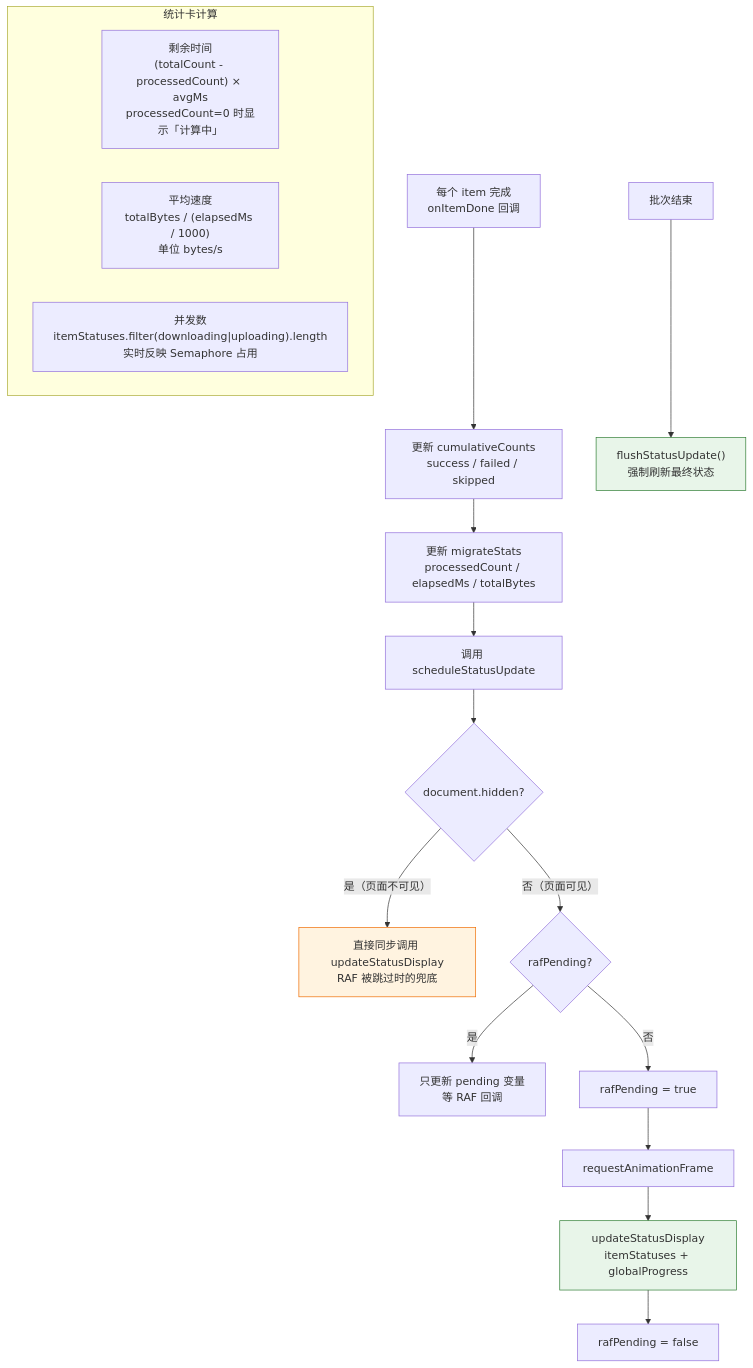
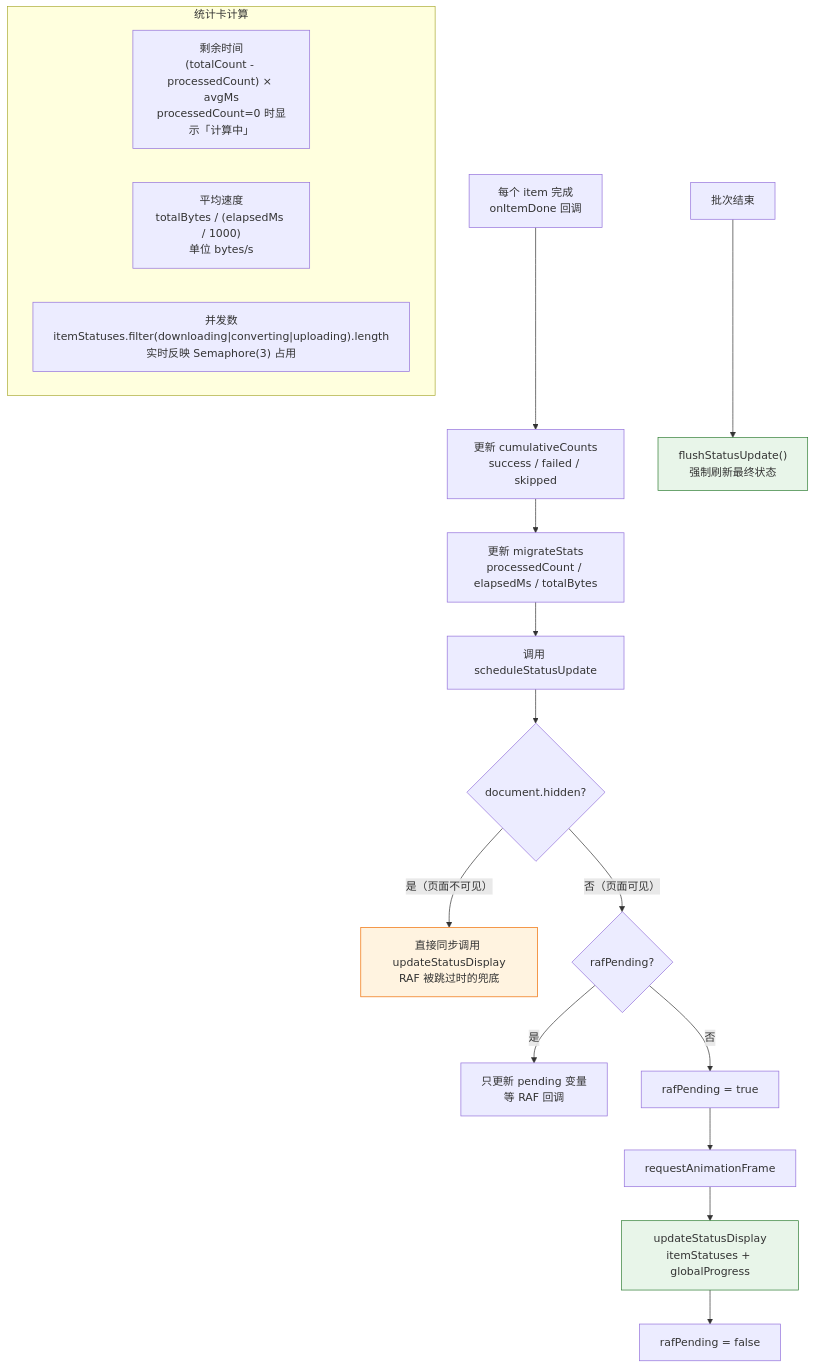
Before and after one commit to joeyliu6/PicNexus: the fifth of 5 diagrams in docs/flows/batch-migrate-flow.md, drawn with Mermaid. The commit also changed other lines of this file and 3 other files, not shown here.

First line of the commit message:
feat(batch-migrate): 单图多目标改为 Promise.all 并行 + chip 逐个变色

````diff
--- a/docs/flows/batch-migrate-flow.md
+++ b/docs/flows/batch-migrate-flow.md
@@ -279,27 +288,27 @@
 ```mermaid
 flowchart TD
     A["每个 item 完成<br/>onItemDone 回调"] --> B["更新 cumulativeCounts<br/>success / failed / skipped"]
     B --> C["更新 migrateStats<br/>processedCount / elapsedMs / totalBytes"]
     C --> D["调用 scheduleStatusUpdate"]
 
     D --> E{document.hidden?}
     E -- "是（页面不可见）" --> F["直接同步调用 updateStatusDisplay<br/>RAF 被跳过时的兜底"]
     E -- "否（页面可见）" --> G{rafPending?}
     G -- 是 --> H["只更新 pending 变量<br/>等 RAF 回调"]
     G -- 否 --> I["rafPending = true"]
     I --> J["requestAnimationFrame"]
     J --> K["updateStatusDisplay<br/>itemStatuses + globalProgress"]
     K --> L["rafPending = false"]
 
     M["批次结束"] --> N["flushStatusUpdate()<br/>强制刷新最终状态"]
 
     subgraph 统计卡计算
         O1["剩余时间<br/>(totalCount - processedCount) × avgMs<br/>processedCount=0 时显示「计算中」"]
         O2["平均速度<br/>totalBytes / (elapsedMs / 1000)<br/>单位 bytes/s"]
-        O3["并发数<br/>itemStatuses.filter(downloading|uploading).length<br/>实时反映 Semaphore 占用"]
+        O3["并发数<br/>itemStatuses.filter(downloading|converting|uploading).length<br/>实时反映 Semaphore(3) 占用"]
     end
 
     style F fill:#fff3e0,stroke:#ef6c00
     style K fill:#e8f5e9,stroke:#2e7d32
     style N fill:#e8f5e9,stroke:#2e7d32
 ```
````
